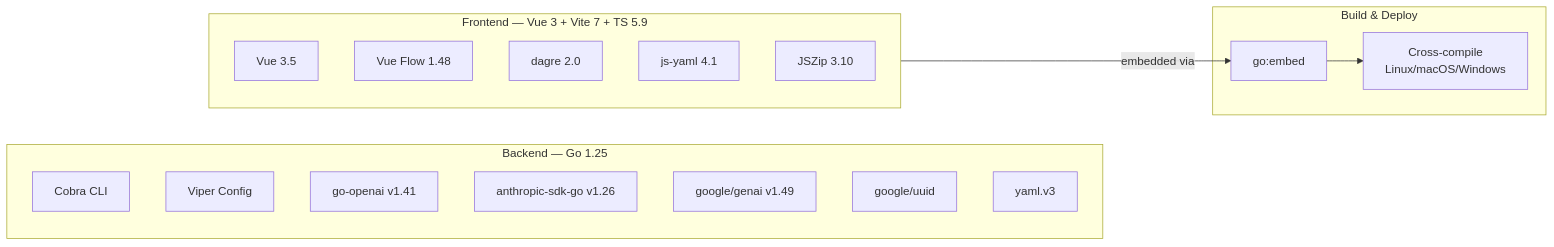
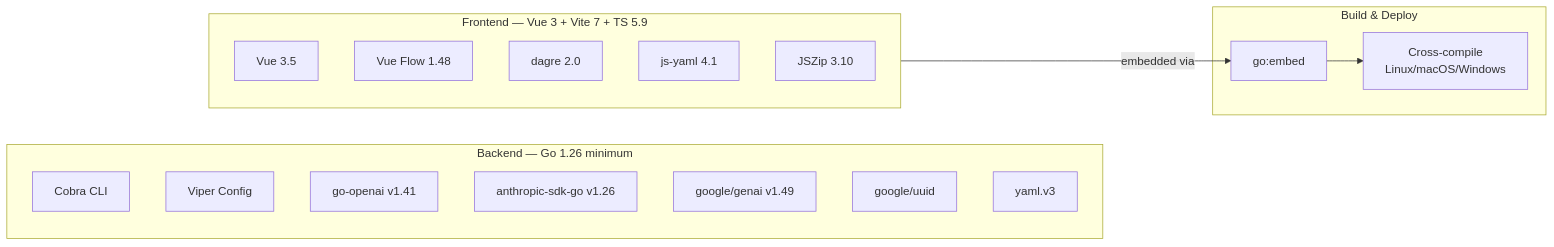
One commit to SK-ENT/rakitsu changed the first of 27 diagrams in docs/SYSTEM-SPEC.md. Above: the diagram before and after it, drawn with Mermaid. The commit also changed other lines of this file and 59 other files, not shown here.

````diff
--- a/docs/SYSTEM-SPEC.md
+++ b/docs/SYSTEM-SPEC.md
@@ -37,28 +38,28 @@
 ```mermaid
 graph LR
-    subgraph Backend["Backend — Go 1.25"]
+    subgraph Backend["Backend — Go 1.26 minimum"]
         cobra["Cobra CLI"]
         viper["Viper Config"]
         openai_sdk["go-openai v1.41"]
         anthropic_sdk["anthropic-sdk-go v1.26"]
         genai["google/genai v1.49"]
         uuid["google/uuid"]
         yaml_go["yaml.v3"]
     end
 
     subgraph Frontend["Frontend — Vue 3 + Vite 7 + TS 5.9"]
         vue["Vue 3.5"]
         vueflow["Vue Flow 1.48"]
         dagre["dagre 2.0"]
         jsyaml["js-yaml 4.1"]
         jszip["JSZip 3.10"]
     end
 
     subgraph Build["Build & Deploy"]
         embed["go:embed"]
         cross["Cross-compile\nLinux/macOS/Windows"]
     end
 
     Frontend -->|embedded via| embed
     embed --> cross
 ```
````
